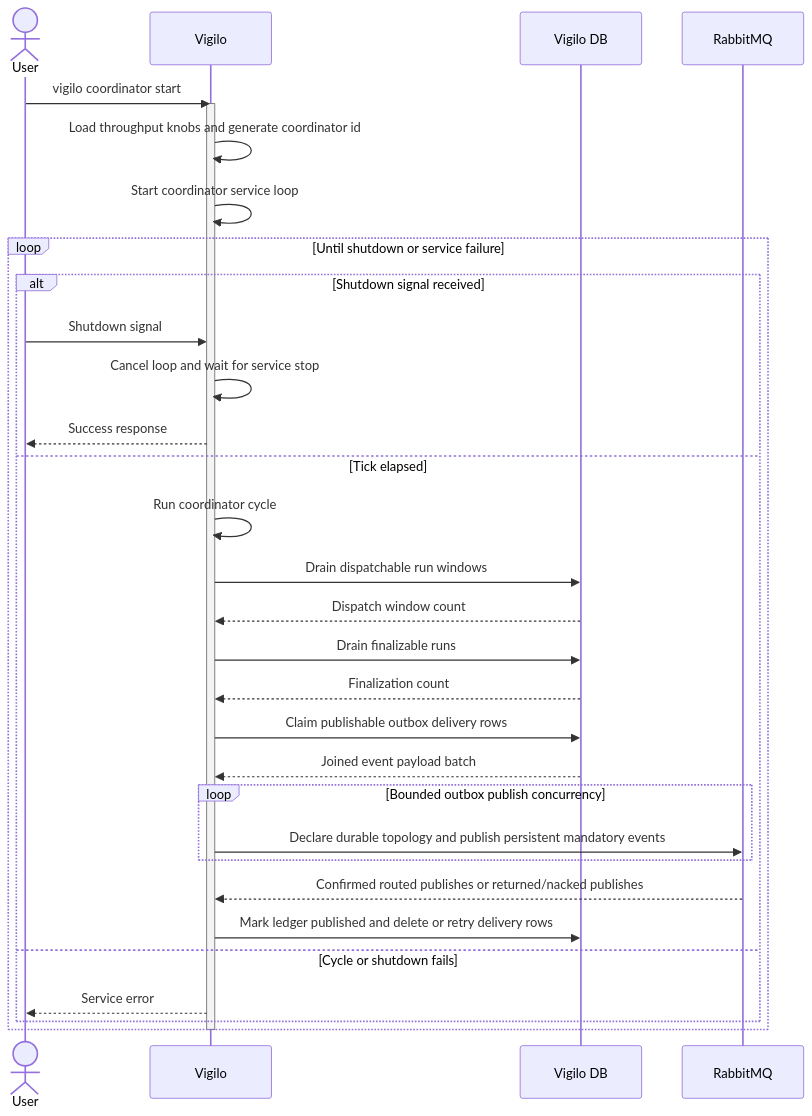
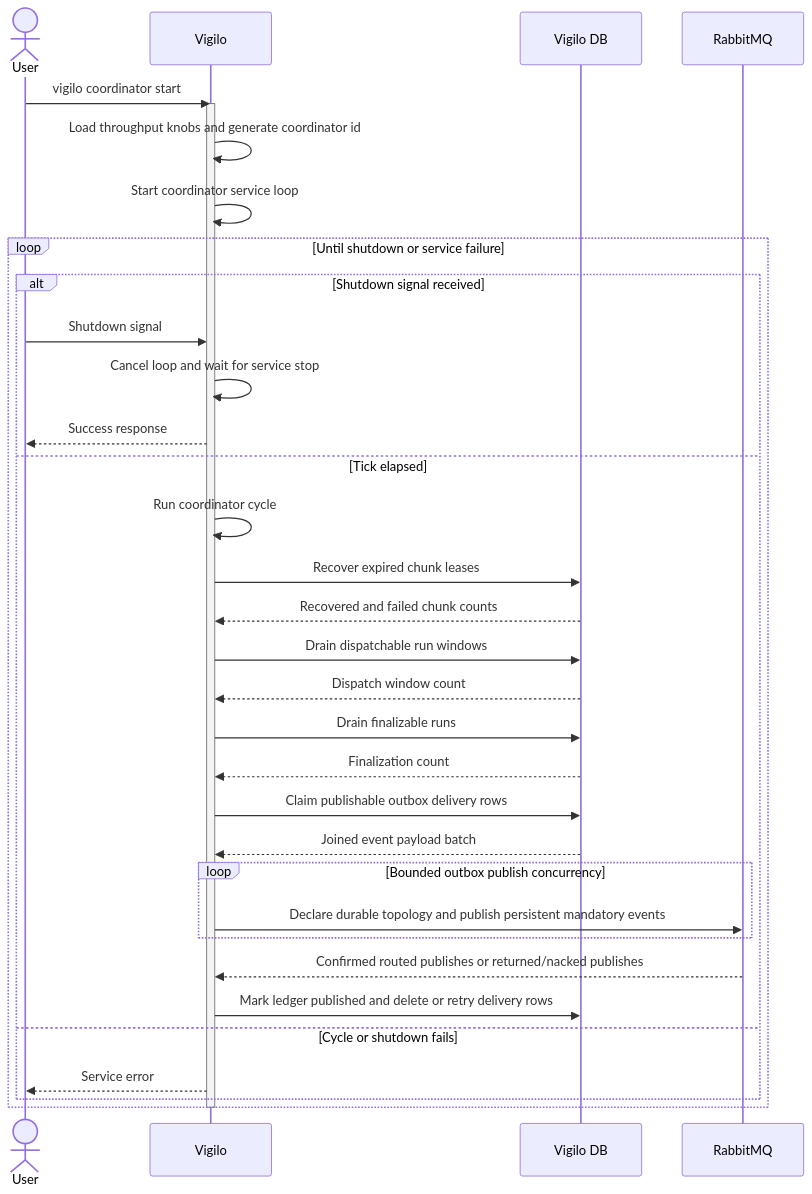
Before and after one commit to gregl83/agent-vigilo: the diagram in web/docs/architecture/flows/coordinator/start/execution-flow.mmd, drawn with Mermaid. The commit also changed 16 other files, not shown here.

Commit message:
add crdtr handling for expired chunk leases

```diff
--- a/web/docs/architecture/flows/coordinator/start/execution-flow.mmd
+++ b/web/docs/architecture/flows/coordinator/start/execution-flow.mmd
@@ -1,42 +1,44 @@
 ---
 config:
   flowchart:
     nodeSpacing: 150
     rankSpacing: 80
   themeVariables:
     edgeLabelBackground: 'transparent'
 ---
 sequenceDiagram
     actor User
     participant Vigilo
     participant DB as Vigilo DB
     participant Queue as RabbitMQ
 
     User->>Vigilo: vigilo coordinator start
     activate Vigilo
     Vigilo->>Vigilo: Load throughput knobs and generate coordinator id
     Vigilo->>Vigilo: Start coordinator service loop
 
     loop Until shutdown or service failure
         alt Shutdown signal received
             User->>Vigilo: Shutdown signal
             Vigilo->>Vigilo: Cancel loop and wait for service stop
             Vigilo-->>User: Success response
         else Tick elapsed
             Vigilo->>Vigilo: Run coordinator cycle
+            Vigilo->>DB: Recover expired chunk leases
+            DB-->>Vigilo: Recovered and failed chunk counts
             Vigilo->>DB: Drain dispatchable run windows
             DB-->>Vigilo: Dispatch window count
             Vigilo->>DB: Drain finalizable runs
             DB-->>Vigilo: Finalization count
             Vigilo->>DB: Claim publishable outbox delivery rows
             DB-->>Vigilo: Joined event payload batch
             loop Bounded outbox publish concurrency
                 Vigilo->>Queue: Declare durable topology and publish persistent mandatory events
             end
             Queue-->>Vigilo: Confirmed routed publishes or returned/nacked publishes
             Vigilo->>DB: Mark ledger published and delete or retry delivery rows
         else Cycle or shutdown fails
             Vigilo-->>User: Service error
         end
     end
     deactivate Vigilo
```
